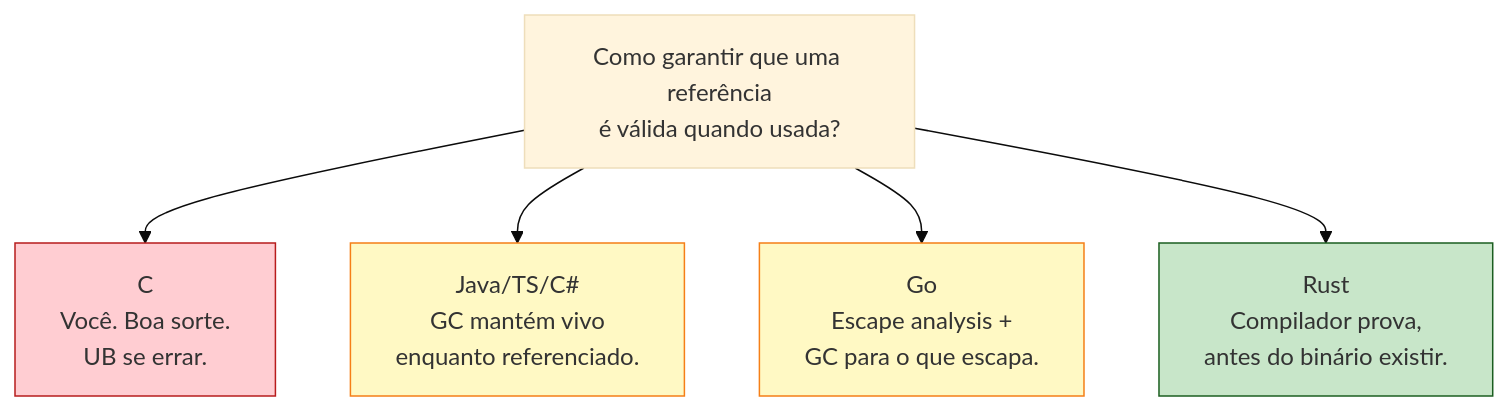
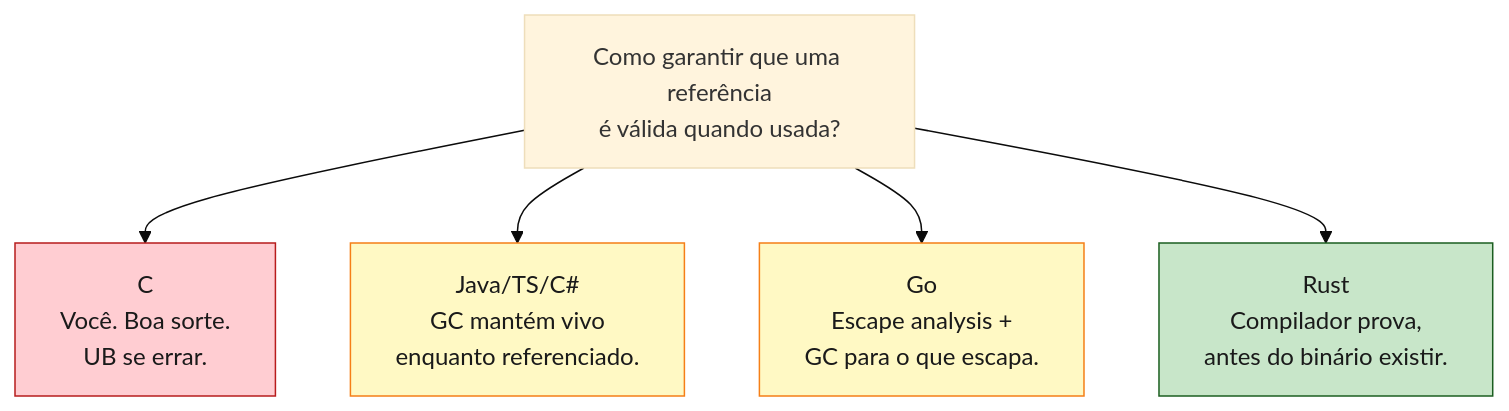
Before and after one commit to Felipeness/ferro-e-espirito: the second of 2 diagrams in book/part-04-ownership/ch12-lifetimes.md, drawn with Mermaid (base theme). The commit also changed other lines of this file and 56 other files, not shown here.

First line of the commit message:
fix: contraste de texto em diagramas mermaid

````diff
--- a/book/part-04-ownership/ch12-lifetimes.md
+++ b/book/part-04-ownership/ch12-lifetimes.md
@@ -226,14 +226,14 @@
 ```mermaid
 graph TB
     Q[Como garantir que uma referência<br/>é válida quando usada?]
 
     Q --> C["C<br/>Você. Boa sorte.<br/>UB se errar."]
     Q --> Java["Java/TS/C#<br/>GC mantém vivo<br/>enquanto referenciado."]
     Q --> Go["Go<br/>Escape analysis +<br/>GC para o que escapa."]
     Q --> Rust["Rust<br/>Compilador prova,<br/>antes do binário existir."]
 
-    style C fill:#ffcdd2,stroke:#b71c1c
-    style Java fill:#fff9c4,stroke:#f57f17
-    style Go fill:#fff9c4,stroke:#f57f17
-    style Rust fill:#c8e6c9,stroke:#1b5e20
+    style C fill:#ffcdd2,stroke:#b71c1c,color:#1a1a1a
+    style Java fill:#fff9c4,stroke:#f57f17,color:#1a1a1a
+    style Go fill:#fff9c4,stroke:#f57f17,color:#1a1a1a
+    style Rust fill:#c8e6c9,stroke:#1b5e20,color:#1a1a1a
 ```
````
